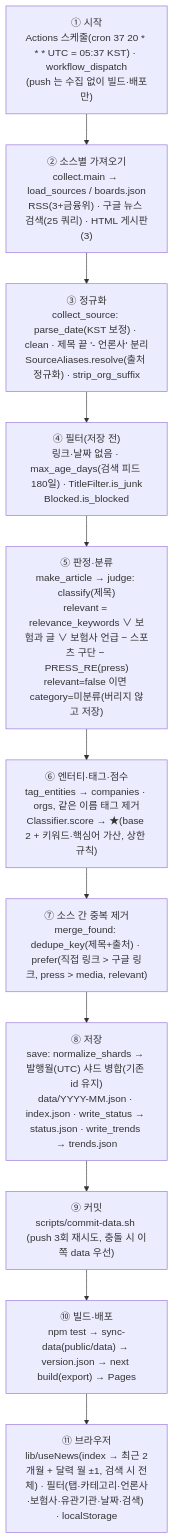
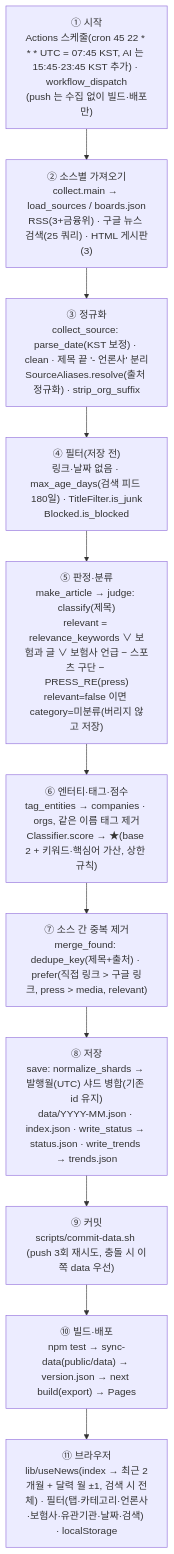
The diagram in docs/architecture.md (heukseoknews/heukseoknews.github.io), drawn with Mermaid before and after one commit. The commit also changed other lines of this file and 12 other files, not shown here.

Commit message:
수집 시각 변경: 전 채널 한국 07:45(45 22 UTC), AI 추가 15:45·23:45(45 6·45 14 UTC) — deploy.yml cron·channel.json schedule_utc·테스트·문서

````diff
--- a/docs/architecture.md
+++ b/docs/architecture.md
@@ -23,14 +23,14 @@
 ```mermaid
 flowchart TD
-  A["① 시작<br/>Actions 스케줄(cron 37 20 * * * UTC = 05:37 KST) · workflow_dispatch<br/>(push 는 수집 없이 빌드·배포만)"] --> B
+  A["① 시작<br/>Actions 스케줄(cron 45 22 * * * UTC = 07:45 KST, AI 는 15:45·23:45 KST 추가) · workflow_dispatch<br/>(push 는 수집 없이 빌드·배포만)"] --> B
   B["② 소스별 가져오기<br/>collect.main → load_sources / boards.json<br/>RSS(3+금융위) · 구글 뉴스 검색(25 쿼리) · HTML 게시판(3)"] --> C
   C["③ 정규화<br/>collect_source: parse_date(KST 보정) · clean · 제목 끝 '- 언론사' 분리<br/>SourceAliases.resolve(출처 정규화) · strip_org_suffix"] --> D
   D["④ 필터(저장 전)<br/>링크·날짜 없음 · max_age_days(검색 피드 180일) · TitleFilter.is_junk<br/>Blocked.is_blocked"] --> E
   E["⑤ 판정·분류<br/>make_article → judge: classify(제목)<br/>relevant = relevance_keywords ∨ 보험과 글 ∨ 보험사 언급 − 스포츠 구단 − PRESS_RE(press)<br/>relevant=false 이면 category=미분류(버리지 않고 저장)"] --> F
   F["⑥ 엔터티·태그·점수<br/>tag_entities → companies · orgs, 같은 이름 태그 제거<br/>Classifier.score → ★(base 2 + 키워드·핵심어 가산, 상한 규칙)"] --> G
   G["⑦ 소스 간 중복 제거<br/>merge_found: dedupe_key(제목+출처) · prefer(직접 링크 > 구글 링크, press > media, relevant)"] --> H
   H["⑧ 저장<br/>save: normalize_shards → 발행월(UTC) 샤드 병합(기존 id 유지)<br/>data/YYYY-MM.json · index.json · write_status → status.json · write_trends → trends.json"] --> I
   I["⑨ 커밋<br/>scripts/commit-data.sh (push 3회 재시도, 충돌 시 이쪽 data 우선)"] --> J
   J["⑩ 빌드·배포<br/>npm test → sync-data(public/data) → version.json → next build(export) → Pages"] --> K
   K["⑪ 브라우저<br/>lib/useNews(index → 최근 2개월 + 달력 월 ±1, 검색 시 전체) · 필터(탭·카테고리·언론사·보험사·유관기관·날짜·검색) · localStorage"]
 ```
````
